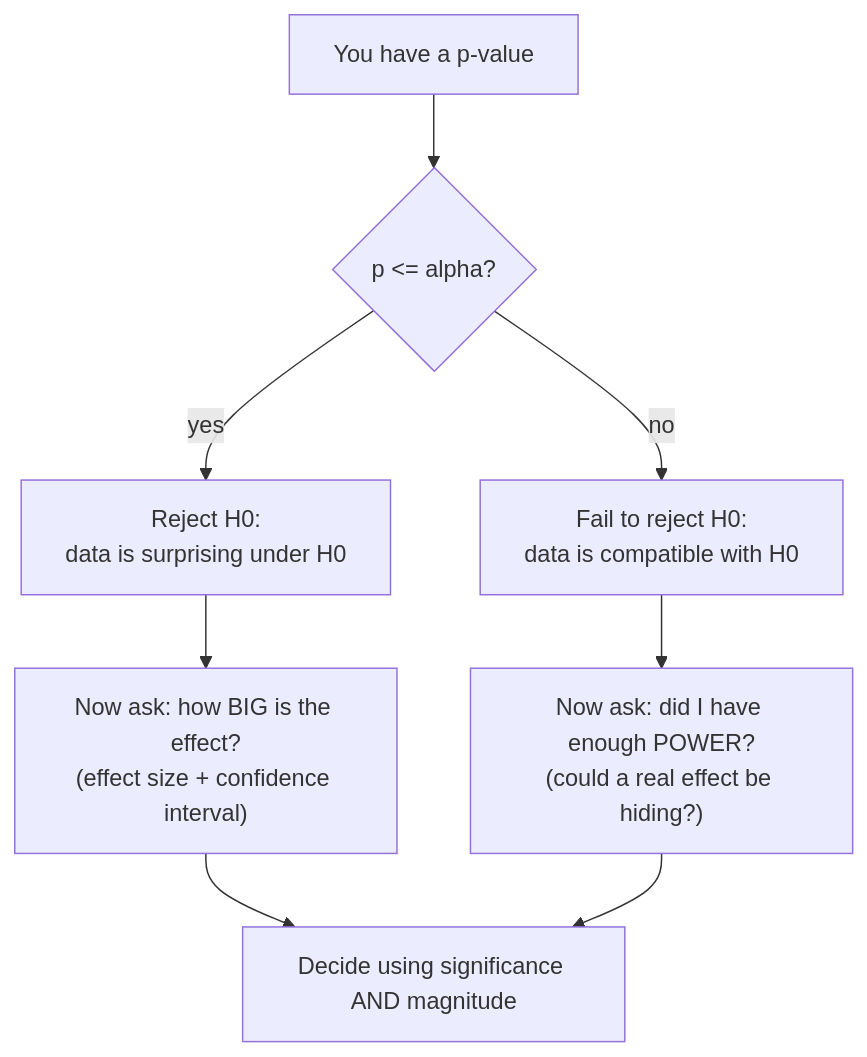
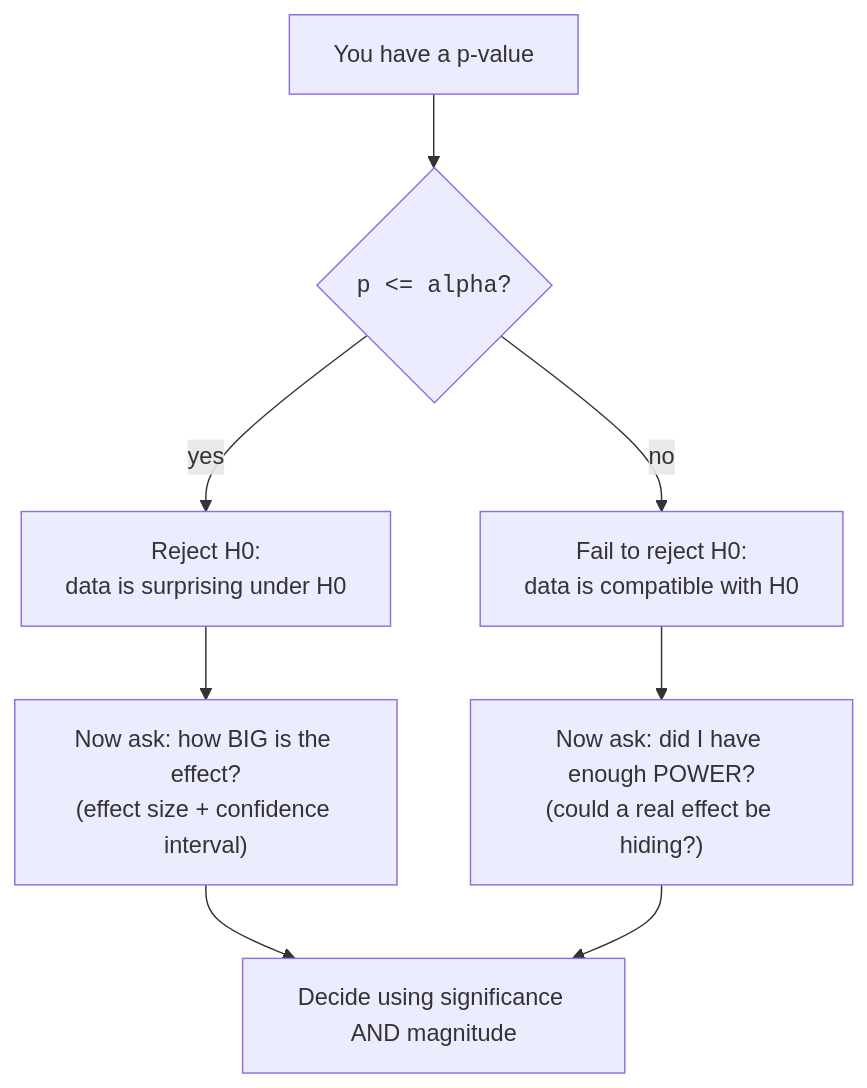
The second of 2 diagrams in content/learn/statistics-for-data-science-python/p-values.mdx (dataslope/dataslope), drawn with Mermaid before and after one commit. The commit also changed 56 other files, not shown here.

````diff
--- a/content/learn/statistics-for-data-science-python/p-values.mdx
+++ b/content/learn/statistics-for-data-science-python/p-values.mdx
@@ -369,10 +369,10 @@
 ```mermaid
 flowchart TD
-  A["You have a p-value"] --> B{"p <= alpha?"}
+  A["You have a p-value"] --> B{"<code>p &lt;= alpha</code>?"}
   B -->|"yes"| C["Reject H0:<br/>data is surprising under H0"]
   B -->|"no"| D["Fail to reject H0:<br/>data is compatible with H0"]
   C --> E["Now ask: how BIG is the effect?<br/>(effect size + confidence interval)"]
   D --> F["Now ask: did I have enough POWER?<br/>(could a real effect be hiding?)"]
   E --> G["Decide using significance AND magnitude"]
   F --> G
 ```
````
